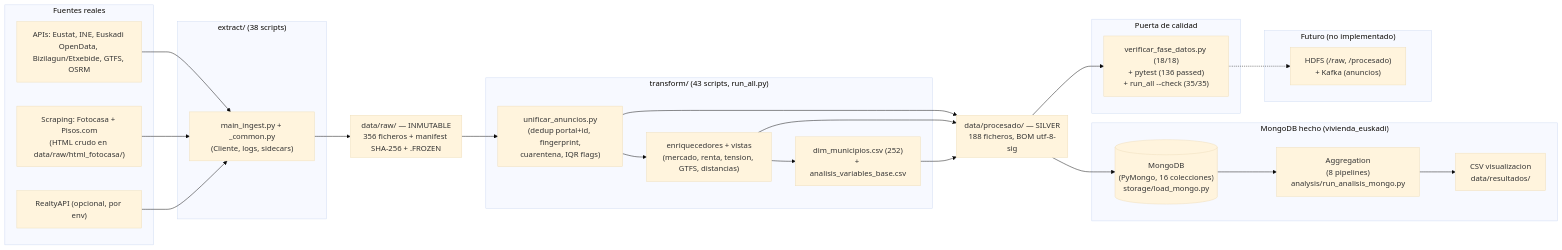
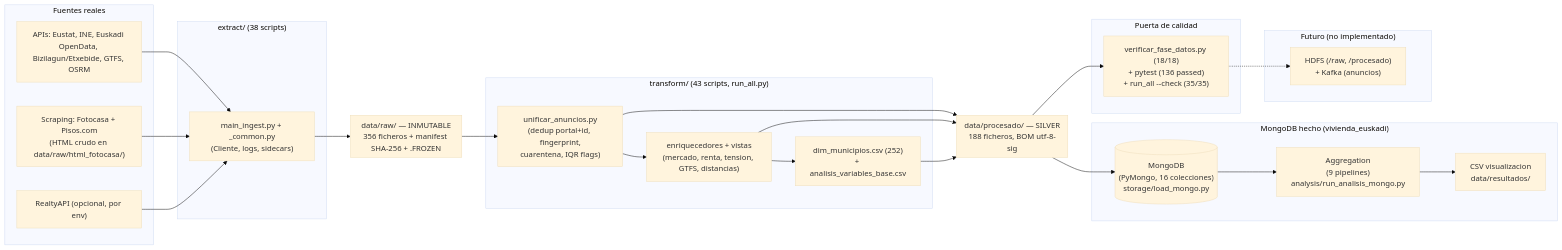
One commit to mikelrh-dev/bigdata-vivienda-euskadi changed the diagram in docs/arquitectura_datos.md. Above: the diagram before and after it, drawn with Mermaid (base theme). The commit also changed other lines of this file and 20 other files, not shown here.

````diff
--- a/docs/arquitectura_datos.md
+++ b/docs/arquitectura_datos.md
@@ -6,45 +6,45 @@
 ```mermaid
 flowchart LR
     subgraph Fuentes["Fuentes reales"]
         API["APIs: Eustat, INE, Euskadi OpenData, Bizilagun/Etxebide, GTFS, OSRM"]
         SCR["Scraping: Fotocasa + Pisos.com\n(HTML crudo en data/raw/html_fotocasa/)"]
         OPT["RealtyAPI (opcional, por env)"]
     end
     subgraph Extract["extract/ (38 scripts)"]
         ING["main_ingest.py + _common.py\n(Cliente, logs, sidecars)"]
     end
     subgraph RAW["data/raw/ — INMUTABLE\n356 ficheros + manifest SHA-256 + .FROZEN"]
     end
     subgraph Transform["transform/ (43 scripts, run_all.py)"]
         UNI["unificar_anuncios.py\n(dedup portal+id, fingerprint,\ncuarentena, IQR flags)"]
         ENR["enriquecedores + vistas\n(mercado, renta, tension, GTFS, distancias)"]
         DIM["dim_municipios.csv (252)\n+ analisis_variables_base.csv"]
     end
     subgraph Silver["data/procesado/ — SILVER\n188 ficheros, BOM utf-8-sig"]
     end
     subgraph QA["Puerta de calidad"]
         GATE["verificar_fase_datos.py (18/18)\n+ pytest (136 passed)\n+ run_all --check (35/35)"]
     end
     subgraph Mongo["MongoDB hecho (vivienda_euskadi)"]
         MONGO[("MongoDB\n(PyMongo, 16 colecciones)\nstorage/load_mongo.py")]
-        AGG["Aggregation\n(8 pipelines)\nanalysis/run_analisis_mongo.py"]
+        AGG["Aggregation\n(9 pipelines)\nanalysis/run_analisis_mongo.py"]
         CSV["CSV visualizacion\ndata/resultados/"]
     end
     subgraph Futuro["Futuro (no implementado)"]
         HK["HDFS (/raw, /procesado)\n+ Kafka (anuncios)"]
     end
     API --> ING
     SCR --> ING
     OPT --> ING
     ING --> RAW
     RAW --> UNI
     UNI --> ENR
     ENR --> DIM
     UNI --> Silver
     ENR --> Silver
     DIM --> Silver
     Silver --> GATE
     Silver --> MONGO
     MONGO --> AGG --> CSV
     GATE -.-> HK
 ```
````
